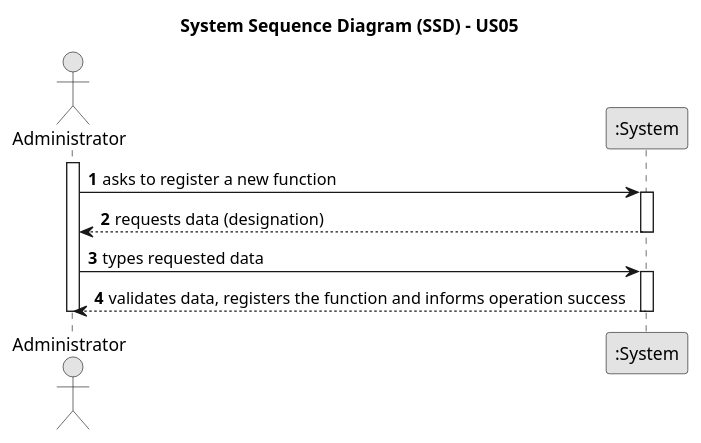
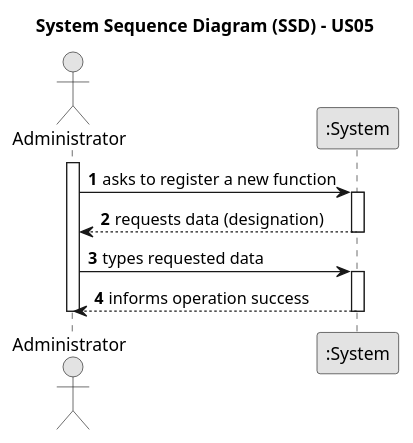
One commit to brunodspinto/crystal-clear-platform changed the diagram in docs/system-documentation/US05/01.requirements-engineering/puml/US05-SSD.puml. Above: the diagram before and after it, drawn with PlantUML. The commit also changed 7 other files, not shown here.

```diff
--- a/docs/system-documentation/US05/01.requirements-engineering/puml/US05-SSD.puml
+++ b/docs/system-documentation/US05/01.requirements-engineering/puml/US05-SSD.puml
@@ -1,27 +1,27 @@
 @startuml
 skinparam monochrome true
 skinparam packageStyle rectangle
 skinparam shadowing false
 
 title System Sequence Diagram (SSD) - US05
 
 autonumber
 
 actor "Administrator" as Admin
 participant ":System" as System
 
 activate Admin
 
 Admin -> System : asks to register a new function
 activate System
 System --> Admin : requests data (designation)
 deactivate System
 
 Admin -> System : types requested data
 activate System
-System --> Admin : validates data, registers the function and informs operation success
+System --> Admin : informs operation success
 deactivate System
 
 deactivate Admin
 
 @enduml
```
